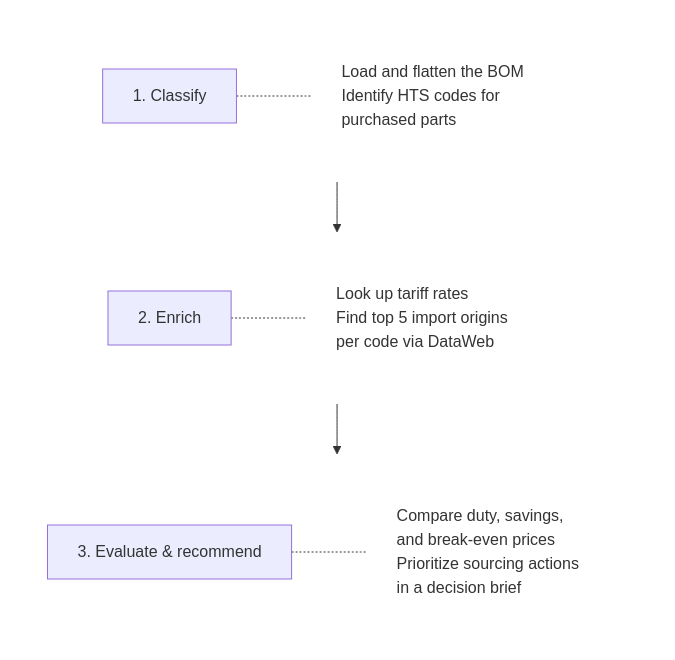
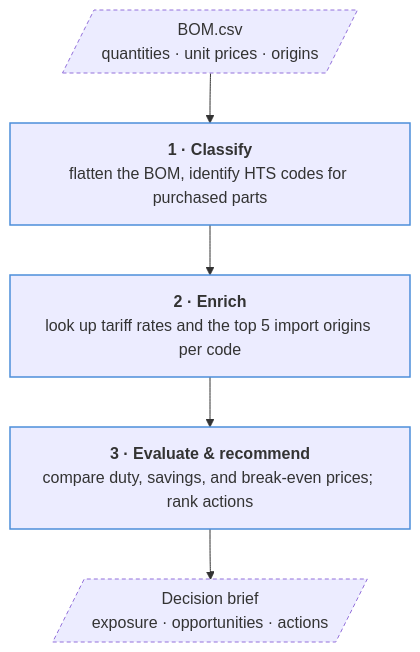
One commit to fjmatrix/bom-tariff-analysis-agent changed the diagram in README.md. Above: the diagram before and after it, drawn with Mermaid. The commit also changed other lines of this file, not shown here.

Commit message:
Restore README updates

````diff
--- a/README.md
+++ b/README.md
@@ -16,21 +17,21 @@
 ```mermaid
+%%{init: {"flowchart": {"wrappingWidth": 340}} }%%
 flowchart TB
-    subgraph S1[" "]
-        direction LR
-        A["1. Classify"] -.- AD["Load and flatten the BOM<br/>Identify HTS codes for purchased parts"]
-    end
-    subgraph S2[" "]
-        direction LR
-        B["2. Enrich"] -.- BD["Look up tariff rates<br/>Find top 5 import origins per code via DataWeb"]
-    end
-    subgraph S3[" "]
-        direction LR
-        C["3. Evaluate & recommend"] -.- CD["Compare duty, savings, and break-even prices<br/>Prioritize sourcing actions in a decision brief"]
-    end
-    S1 --> S2 --> S3
-    style S1 fill:none,stroke:none
-    style S2 fill:none,stroke:none
-    style S3 fill:none,stroke:none
-    classDef detail fill:none,stroke:none,text-align:left
-    class AD,BD,CD detail
+    IN[/"`BOM.csv
+    quantities · unit prices · origins`"/]
+    S1["`**1 · Classify**
+    flatten the BOM, identify HTS codes for purchased parts`"]
+    S2["`**2 · Enrich**
+    look up tariff rates and the top 5 import origins per code`"]
+    S3["`**3 · Evaluate & recommend**
+    compare duty, savings, and break-even prices; rank actions`"]
+    OUT[/"`Decision brief
+    exposure · opportunities · actions`"/]
+
+    IN --> S1 --> S2 --> S3 --> OUT
+
+    classDef step stroke:#4c8eda,stroke-width:1.5px
+    classDef io stroke-dasharray:4 3
+    class S1,S2,S3 step
+    class IN,OUT io
 ```
````
